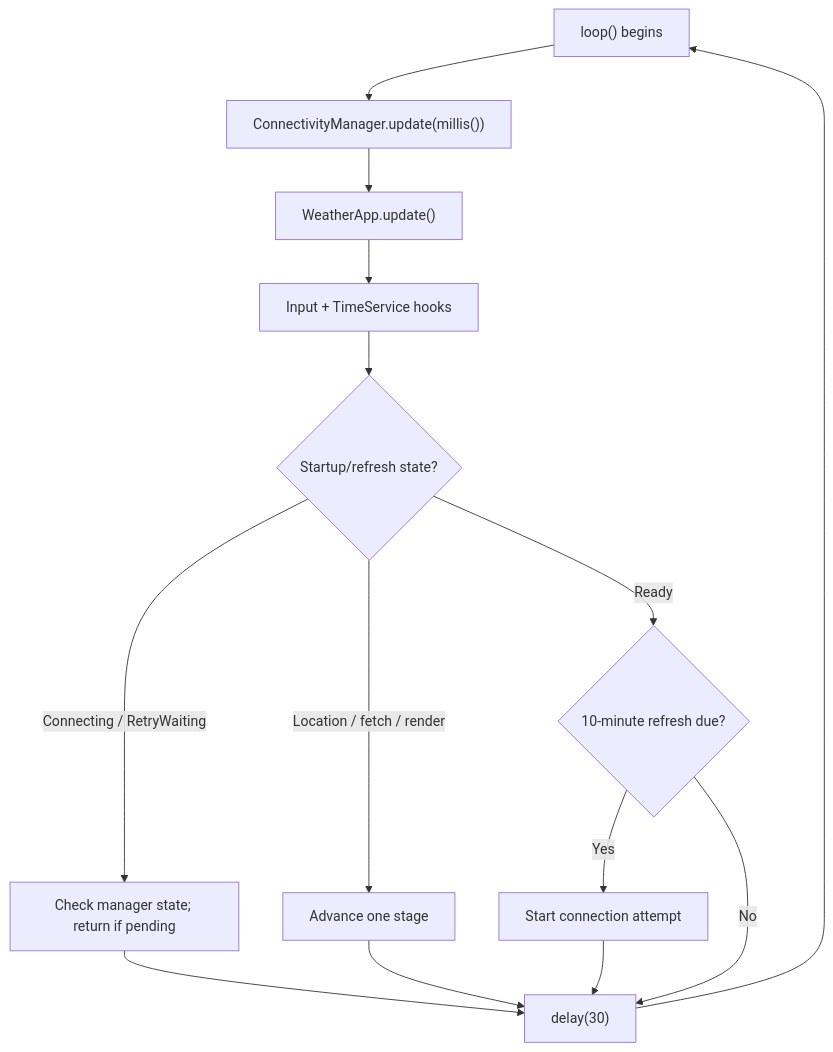
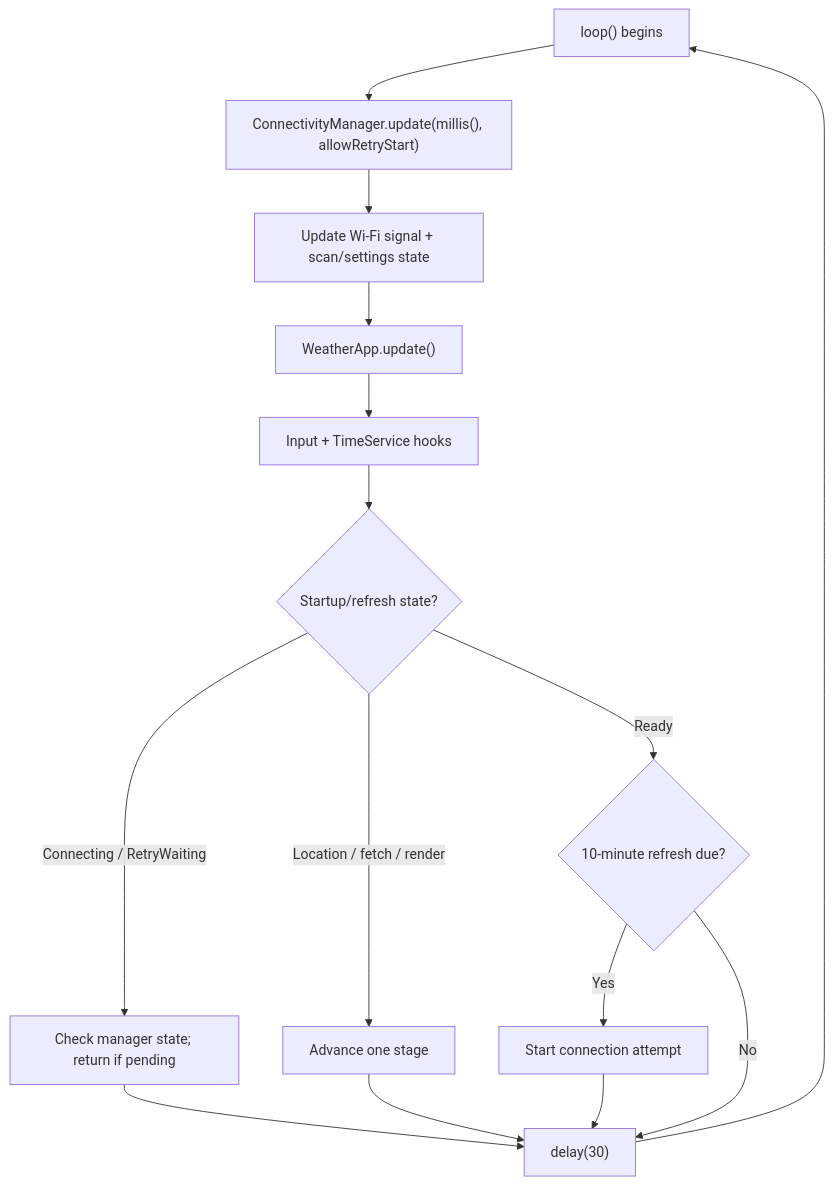
One commit to mdrmx/esp32-gadget changed the third of 5 diagrams in docs/PHASE0_STEP2_RUNTIME_DATA_FLOW.md. Above: the diagram before and after it, drawn with Mermaid. The commit also changed other lines of this file, not shown here.

Commit message:
Update runtime map for retry and availability refresh

````diff
--- a/docs/PHASE0_STEP2_RUNTIME_DATA_FLOW.md
+++ b/docs/PHASE0_STEP2_RUNTIME_DATA_FLOW.md
@@ -133,16 +133,17 @@
 ```mermaid
 flowchart TD
-    A["loop() begins"] --> B["ConnectivityManager.update(millis())"]
-    B --> C["WeatherApp.update()"]
-    C --> D["Input + TimeService hooks"]
-    D --> E{"Startup/refresh state?"}
-    E -->|Connecting / RetryWaiting| F["Check manager state; return if pending"]
-    E -->|Location / fetch / render| G["Advance one stage"]
-    E -->|Ready| H{"10-minute refresh due?"}
-    H -->|Yes| I["Start connection attempt"]
-    H -->|No| J["delay(30)"]
-    F --> J
-    G --> J
-    I --> J
-    J --> A
+    A["loop() begins"] --> B["ConnectivityManager.update(millis(), allowRetryStart)"]
+    B --> C["Update Wi-Fi signal + scan/settings state"]
+    C --> D["WeatherApp.update()"]
+    D --> E["Input + TimeService hooks"]
+    E --> F{"Startup/refresh state?"}
+    F -->|Connecting / RetryWaiting| G["Check manager state; return if pending"]
+    F -->|Location / fetch / render| H["Advance one stage"]
+    F -->|Ready| I{"10-minute refresh due?"}
+    I -->|Yes| J["Start connection attempt"]
+    I -->|No| K["delay(30)"]
+    G --> K
+    H --> K
+    J --> K
+    K --> A
 ```
````
